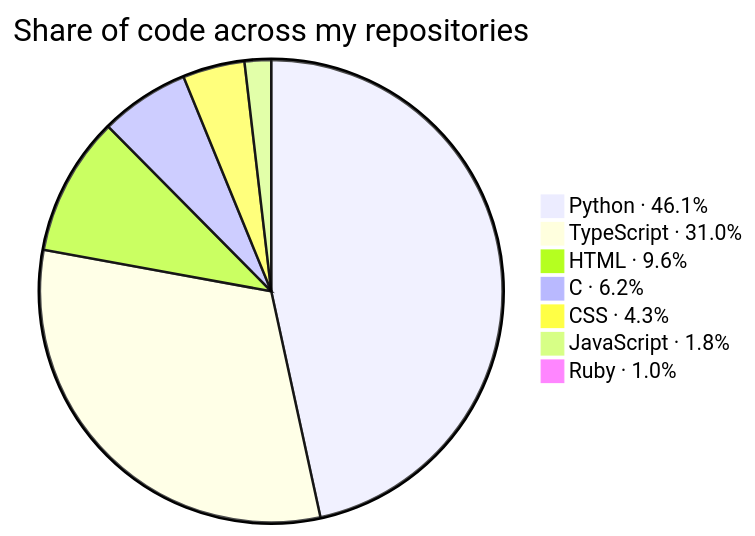
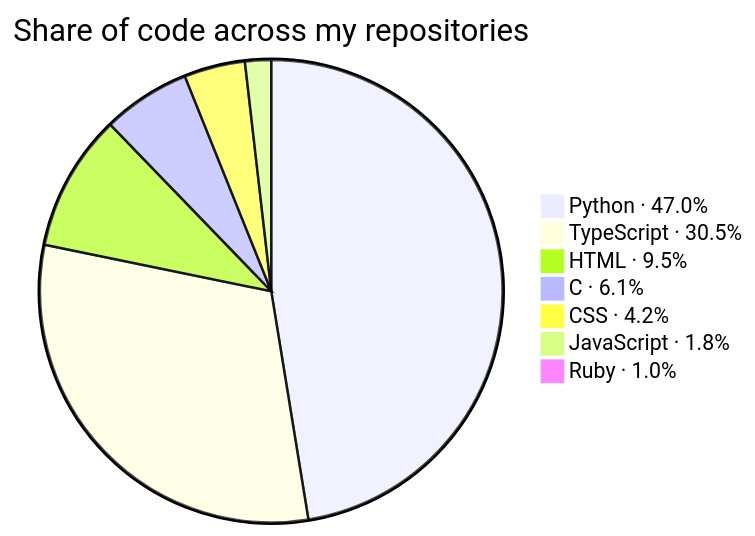
One commit to KathFK1234/KathFK1234 changed the second of 3 diagrams in README.md. Above: the diagram before and after it, drawn with Mermaid. The commit also changed other lines of this file and 2 other files, not shown here.

Commit message:
Update languages, tools and activity from GitHub

````diff
--- a/README.md
+++ b/README.md
@@ -107,11 +107,11 @@
 ```mermaid
 %%{init: {"themeVariables": {"pieSectionTextSize": "0px"}}}%%
 pie title Share of code across my repositories
-    "Python · 46.1%" : 468.1
-    "TypeScript · 31.0%" : 314.3
-    "HTML · 9.6%" : 97.6
-    "C · 6.2%" : 62.7
-    "CSS · 4.3%" : 43.5
+    "Python · 47.0%" : 484.2
+    "TypeScript · 30.5%" : 314.3
+    "HTML · 9.5%" : 97.6
+    "C · 6.1%" : 62.7
+    "CSS · 4.2%" : 43.5
     "JavaScript · 1.8%" : 18.6
     "Ruby · 1.0%" : 10.1
 ```
````
